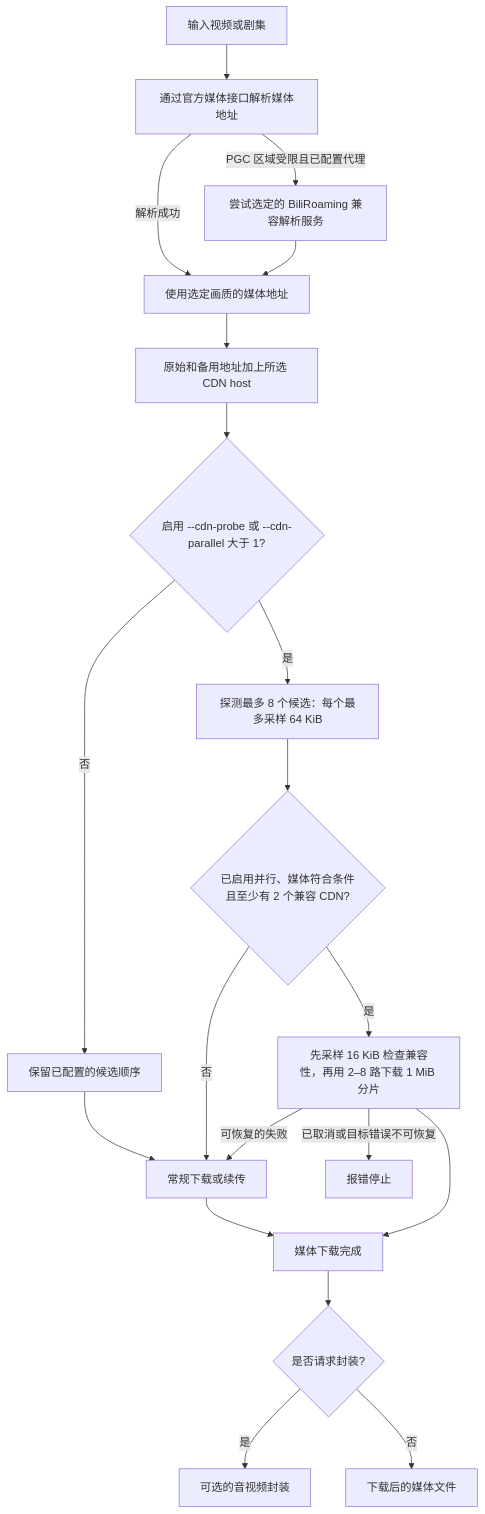
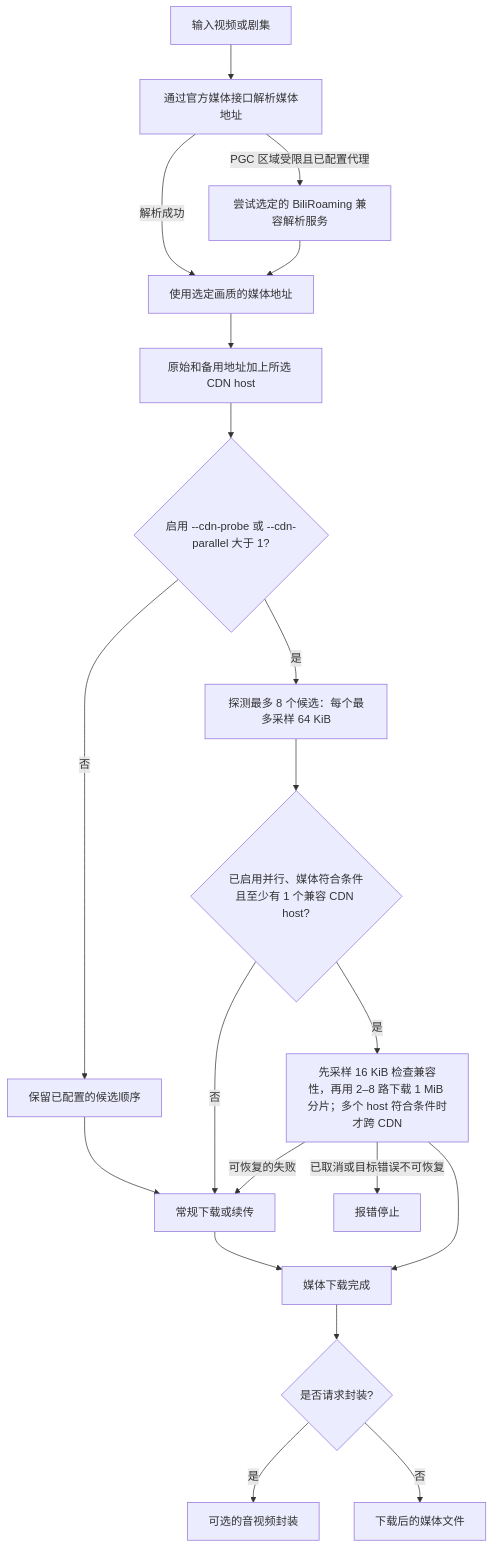
One commit to Joey-Project/BBDown-rust changed the diagram in docs/user-guide.zh-CN.md. Above: the diagram before and after it, drawn with Mermaid. The commit also changed other lines of this file and 25 other files, not shown here.

````diff
--- a/docs/user-guide.zh-CN.md
+++ b/docs/user-guide.zh-CN.md
@@ -406,22 +413,22 @@
 ```mermaid
 flowchart TD
     A[输入视频或剧集] --> B[通过官方媒体接口解析媒体地址]
     B -->|PGC 区域受限且已配置代理| C[尝试选定的 BiliRoaming 兼容解析服务]
     B -->|解析成功| D[使用选定画质的媒体地址]
     C --> D
     D --> E[原始和备用地址加上所选 CDN host]
     E --> F{启用 --cdn-probe 或 --cdn-parallel 大于 1?}
     F -->|是| G[探测最多 8 个候选：每个最多采样 64 KiB]
     F -->|否| H[保留已配置的候选顺序]
-    G --> I{已启用并行、媒体符合条件且至少有 2 个兼容 CDN?}
+    G --> I{已启用并行、媒体符合条件且至少有 1 个兼容 CDN host?}
     H --> J[常规下载或续传]
-    I -->|是| K[先采样 16 KiB 检查兼容性，再用 2–8 路下载 1 MiB 分片]
+    I -->|是| K[先采样 16 KiB 检查兼容性，再用 2–8 路下载 1 MiB 分片；多个 host 符合条件时才跨 CDN]
     I -->|否| J
     K -->|可恢复的失败| J
     K -->|已取消或目标错误不可恢复| X[报错停止]
     J --> L[媒体下载完成]
     K --> L
     L --> M{是否请求封装?}
     M -->|是| N[可选的音视频封装]
     M -->|否| O[下载后的媒体文件]
 ```
````
